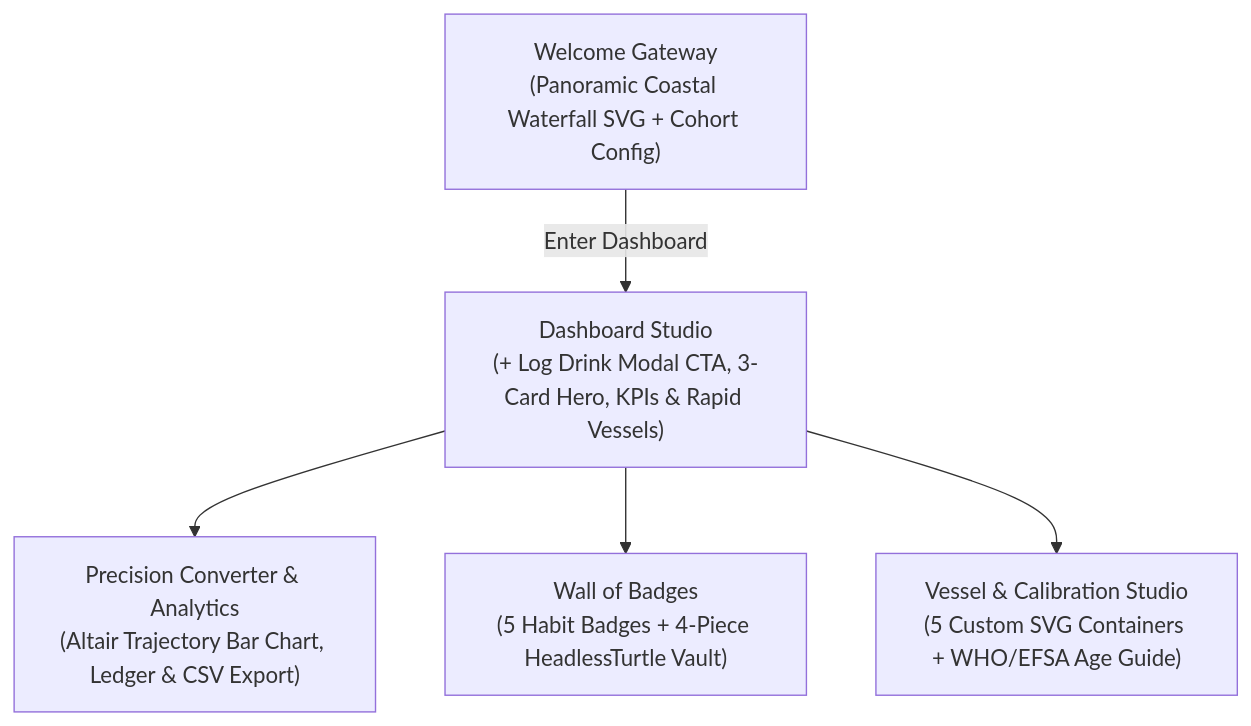
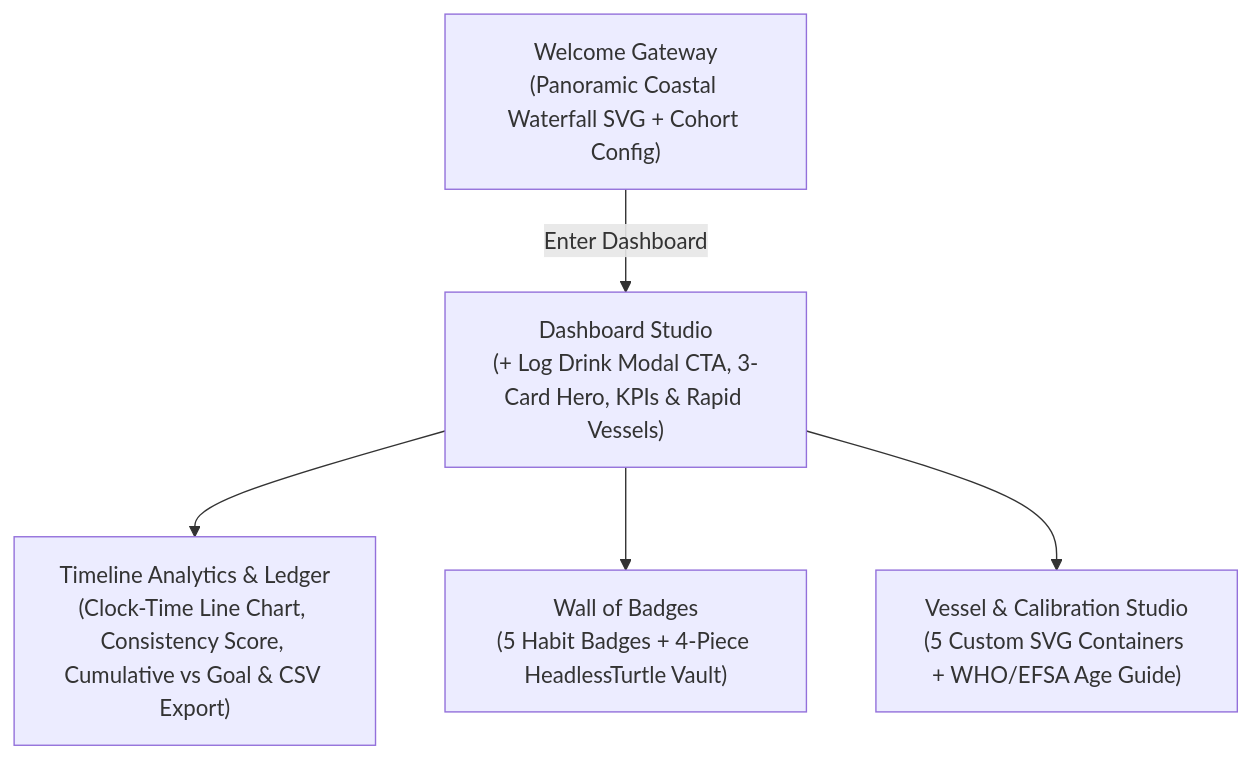
Before and after one commit to parthibcpana/IDAI102-1000544-PARTH-PARVINBHAI-GAJERA: the fourth of 7 diagrams in README.md, drawn with Mermaid. The commit also changed other lines of this file and 23 other files, not shown here.

Commit message:
feat(FA2): integrate 3D visual assets, timeline analytics, and updated screenshots

````diff
--- a/README.md
+++ b/README.md
@@ -166,7 +166,7 @@
 ```mermaid
 flowchart TD
     S1["Welcome Gateway<br>(Panoramic Coastal Waterfall SVG + Cohort Config)"] -->|Enter Dashboard| S2["Dashboard Studio<br>(+ Log Drink Modal CTA, 3-Card Hero, KPIs & Rapid Vessels)"]
-    S2 --> S3["Precision Converter & Analytics<br>(Altair Trajectory Bar Chart, Ledger & CSV Export)"]
+    S2 --> S3["Timeline Analytics & Ledger<br>(Clock-Time Line Chart, Consistency Score, Cumulative vs Goal & CSV Export)"]
     S2 --> S4["Wall of Badges<br>(5 Habit Badges + 4-Piece HeadlessTurtle Vault)"]
     S2 --> S5["Vessel & Calibration Studio<br>(5 Custom SVG Containers + WHO/EFSA Age Guide)"]
 ```
````
